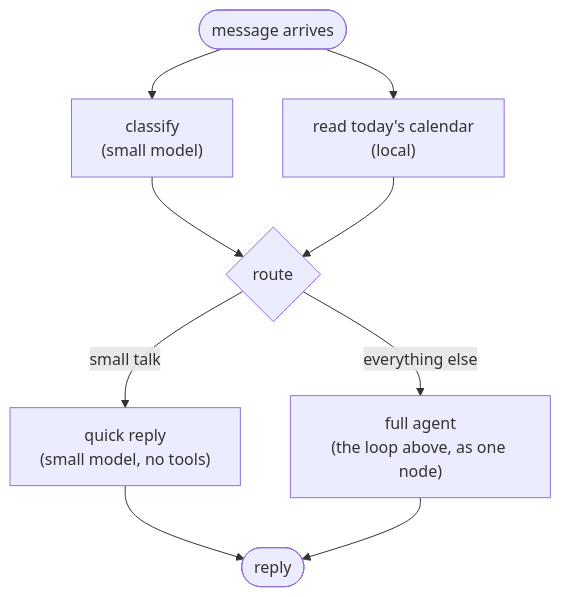
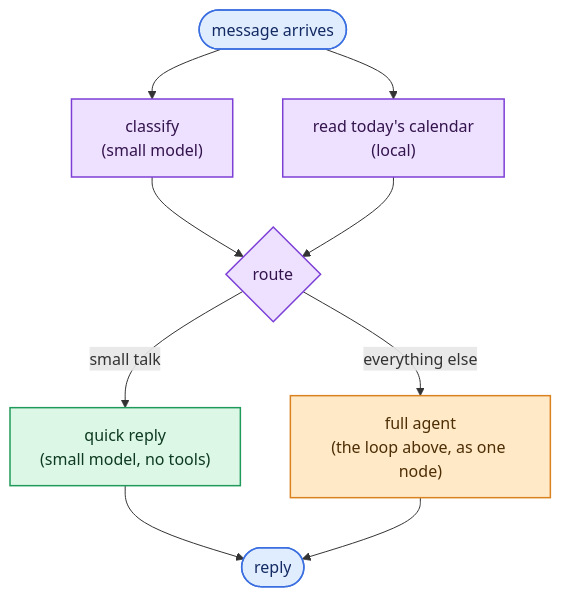
Before and after one commit to sridhar-3009/sieve-agent: the second of 2 diagrams in README.md, drawn with Mermaid. The commit also changed other lines of this file and 2 other files, not shown here.

First line of the commit message:
Color the diagrams, add badges, fix a stale doc reference

````diff
--- a/README.md
+++ b/README.md
@@ -274,7 +289,16 @@
 ```mermaid
 flowchart TD
   START(["message arrives"]) --> P1["classify<br/>(small model)"] & P2["read today's calendar<br/>(local)"]
   P1 & P2 --> RT{route}
   RT -->|small talk| Q["quick reply<br/>(small model, no tools)"] --> DONE(["reply"])
   RT -->|everything else| F["full agent<br/>(the loop above, as one node)"] --> DONE
+
+  classDef start fill:#e0edff,stroke:#3b6fe0,color:#132a63,stroke-width:1.5px
+  classDef parallel fill:#eee0ff,stroke:#7c3fd6,color:#33144d,stroke-width:1.5px
+  classDef quick fill:#dcf7e6,stroke:#209a5a,color:#0d3a20,stroke-width:1.5px
+  classDef full fill:#ffe9c7,stroke:#d9821f,color:#4d2e05,stroke-width:1.5px
+  class START,DONE start
+  class P1,P2,RT parallel
+  class Q quick
+  class F full
 ```
````
